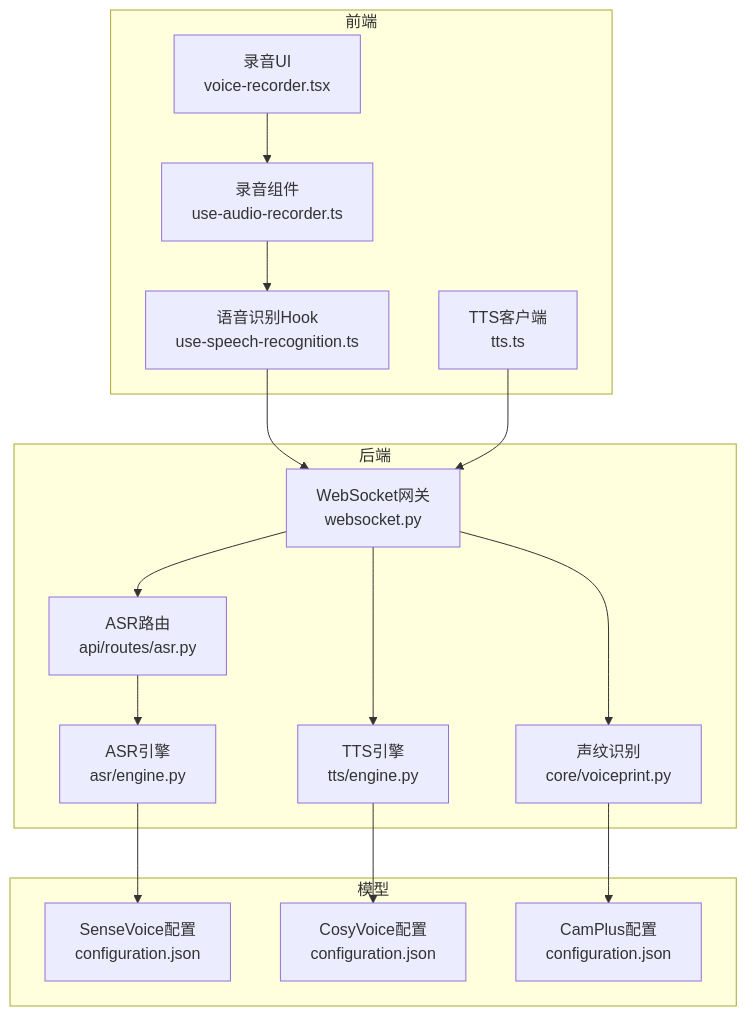
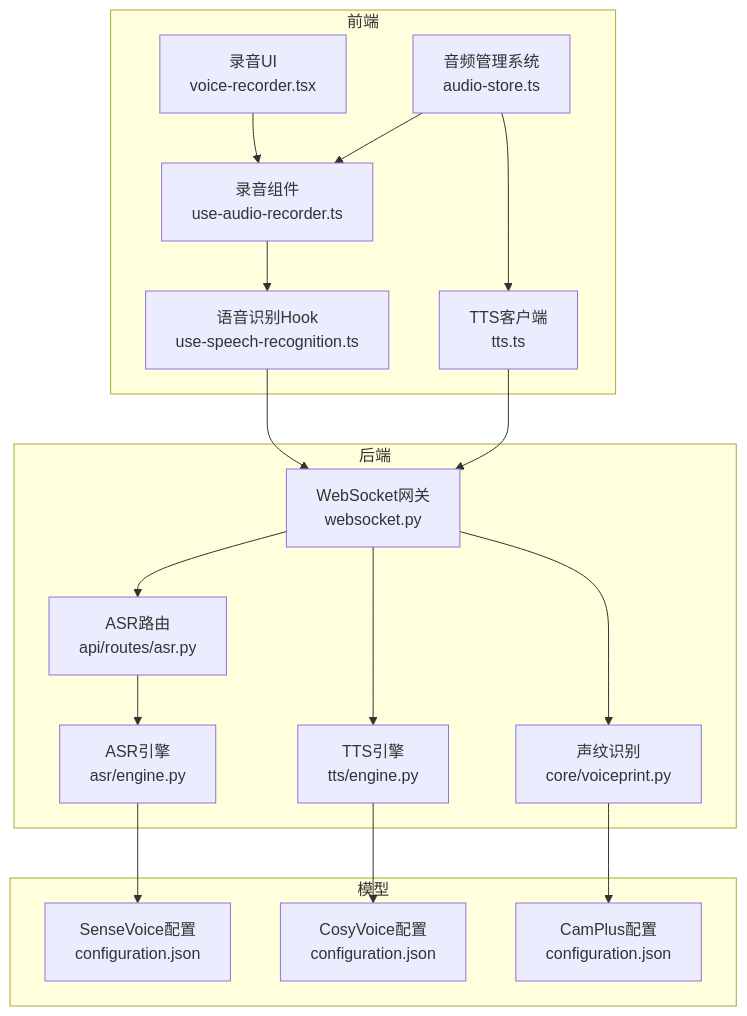
One commit to zmdhdu/NexusCockpit changed the first of 8 diagrams in .qoder/repowiki/zh/content/项目概述/核心特性/语音交互系统/语音交互系统.md. Above: the diagram before and after it, drawn with Mermaid. The commit also changed other lines of this file and 16 other files, not shown here.

````diff
--- a/.qoder/repowiki/zh/content/项目概述/核心特性/语音交互系统/语音交互系统.md
+++ b/.qoder/repowiki/zh/content/项目概述/核心特性/语音交互系统/语音交互系统.md
@@ -56,32 +67,35 @@
 ```mermaid
 graph TB
 subgraph "前端"
 FE_REC["录音组件<br/>use-audio-recorder.ts"]
 FE_SR["语音识别Hook<br/>use-speech-recognition.ts"]
 FE_TTS["TTS客户端<br/>tts.ts"]
 FE_UI["录音UI<br/>voice-recorder.tsx"]
+FE_AUDIO_STORE["音频管理系统<br/>audio-store.ts"]
 end
 subgraph "后端"
 WS["WebSocket网关<br/>websocket.py"]
 ASR_API["ASR路由<br/>api/routes/asr.py"]
 ASR_ENG["ASR引擎<br/>asr/engine.py"]
 TTS_ENG["TTS引擎<br/>tts/engine.py"]
 VP["声纹识别<br/>core/voiceprint.py"]
 end
 subgraph "模型"
 M_ASR["SenseVoice配置<br/>configuration.json"]
 M_TTS["CosyVoice配置<br/>configuration.json"]
 M_SV["CamPlus配置<br/>configuration.json"]
 end
 FE_REC --> FE_SR
 FE_SR --> WS
 FE_TTS --> WS
 FE_UI --> FE_REC
+FE_AUDIO_STORE --> FE_TTS
+FE_AUDIO_STORE --> FE_REC
 WS --> ASR_API
 ASR_API --> ASR_ENG
 ASR_ENG --> M_ASR
 WS --> TTS_ENG
 TTS_ENG --> M_TTS
 WS --> VP
 VP --> M_SV
 ```
````
